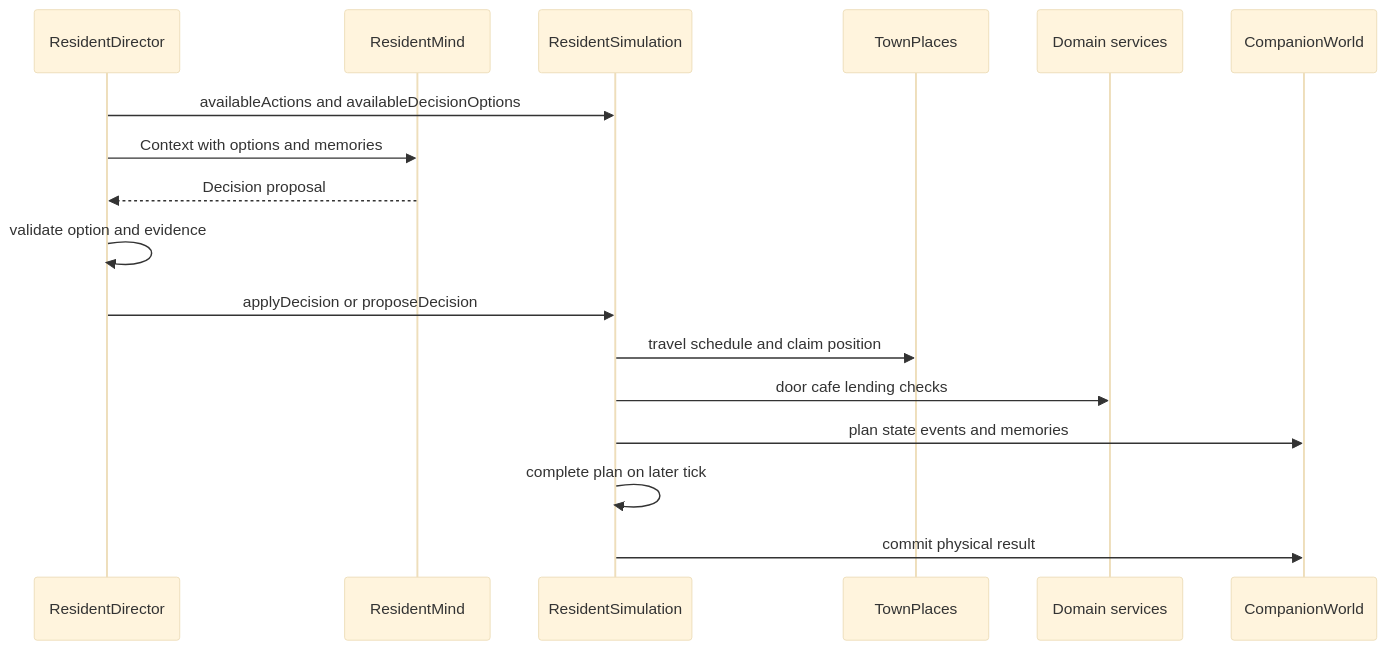
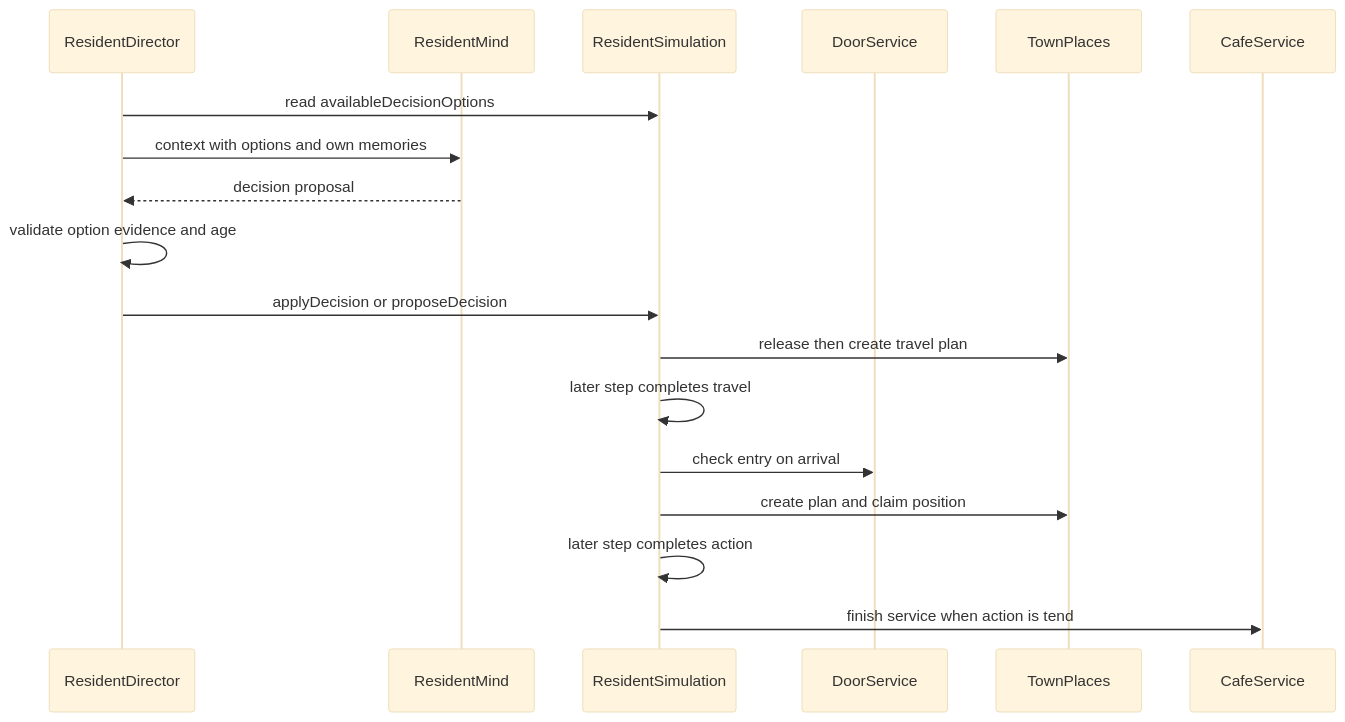
The diagram in openwiki/workflows/action-legality-and-world-commit.md (EdmundJi/lamplit), drawn with Mermaid (base theme) before and after one commit. The commit also changed other lines of this file and 15 other files, not shown here.

````diff
--- a/openwiki/workflows/action-legality-and-world-commit.md
+++ b/openwiki/workflows/action-legality-and-world-commit.md
@@ -35,19 +39,20 @@
 ```mermaid
 sequenceDiagram
     participant Dir as ResidentDirector
     participant Mind as ResidentMind
     participant Sim as ResidentSimulation
-    participant Places as TownPlaces
-    participant Services as Domain services
-    participant World as CompanionWorld
-    Dir->>Sim: availableActions and availableDecisionOptions
-    Dir->>Mind: Context with options and memories
-    Mind-->>Dir: Decision proposal
-    Dir->>Dir: validate option and evidence
+    participant Door as DoorService
+    participant Place as TownPlaces
+    participant Cafe as CafeService
+    Dir->>Sim: read availableDecisionOptions
+    Dir->>Mind: context with options and own memories
+    Mind-->>Dir: decision proposal
+    Dir->>Dir: validate option evidence and age
     Dir->>Sim: applyDecision or proposeDecision
-    Sim->>Places: travel schedule and claim position
-    Sim->>Services: door cafe lending checks
-    Sim->>World: plan state events and memories
-    Sim->>Sim: complete plan on later tick
-    Sim->>World: commit physical result
+    Sim->>Place: release then create travel plan
+    Sim->>Sim: later step completes travel
+    Sim->>Door: check entry on arrival
+    Sim->>Place: create plan and claim position
+    Sim->>Sim: later step completes action
+    Sim->>Cafe: finish service when action is tend
 ```
````
